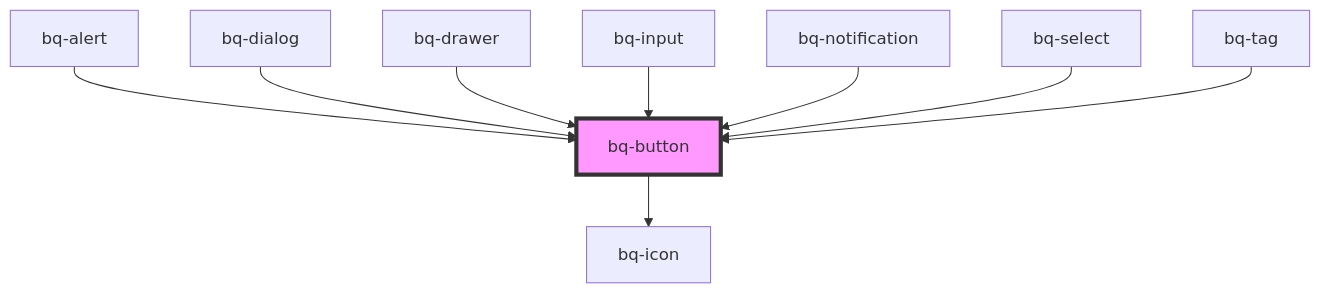
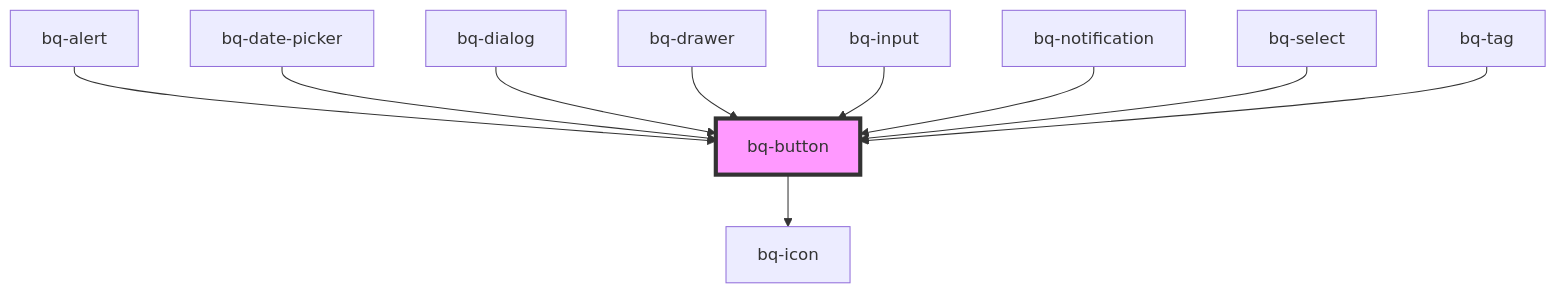
One commit to Endava/BEEQ changed the diagram in packages/beeq/src/components/button/readme.md. Above: the diagram before and after it, drawn with Mermaid. The commit also changed other lines of this file and 9 other files, not shown here.

Commit message:
feat(Date Picker): add logic for basic functionality

````diff
--- a/packages/beeq/src/components/button/readme.md
+++ b/packages/beeq/src/components/button/readme.md
@@ -66,12 +67,13 @@
 ```mermaid
 graph TD;
   bq-button --> bq-icon
   bq-alert --> bq-button
+  bq-date-picker --> bq-button
   bq-dialog --> bq-button
   bq-drawer --> bq-button
   bq-input --> bq-button
   bq-notification --> bq-button
   bq-select --> bq-button
   bq-tag --> bq-button
   style bq-button fill:#f9f,stroke:#333,stroke-width:4px
 ```
````
